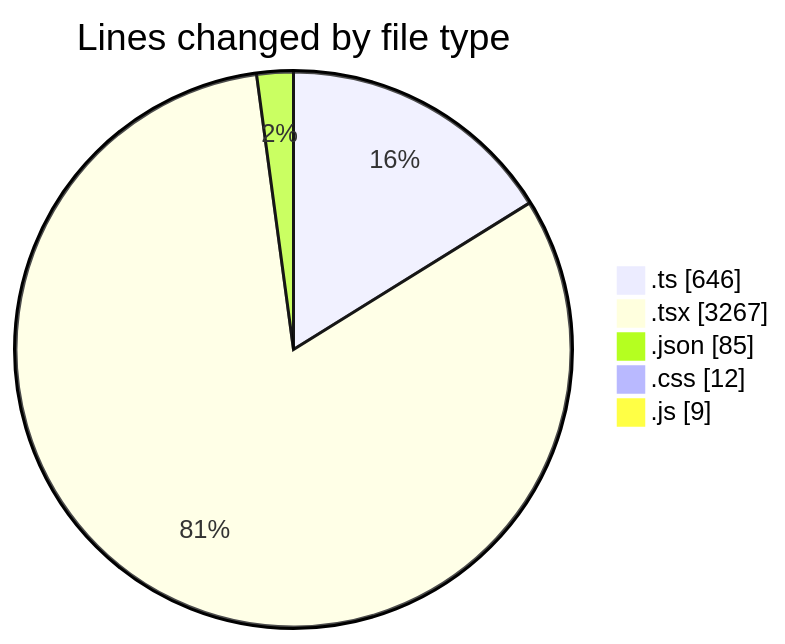
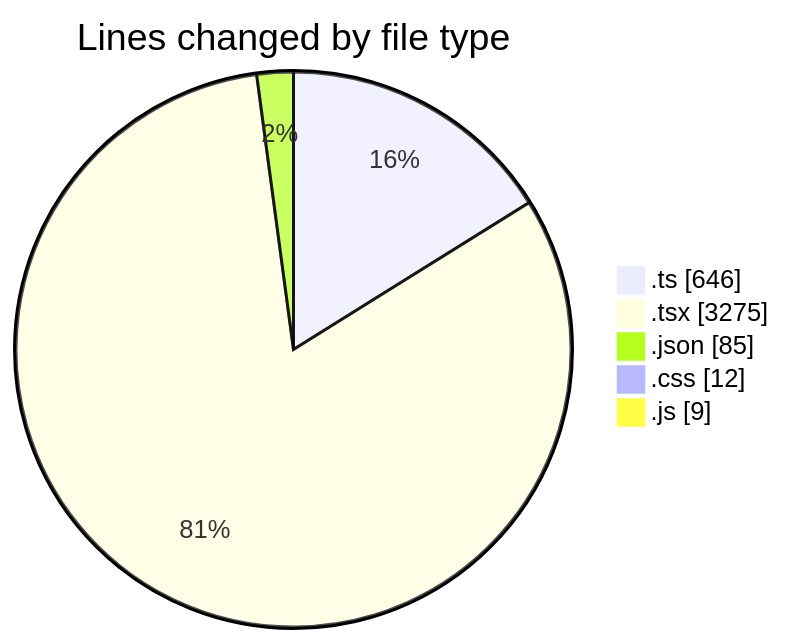
Before and after one commit to robertbonfada/code-tracking: the first of 2 diagrams in 2025-01-27/termonied-web/README.md, drawn with Mermaid. The commit also changed other lines of this file and 1 other file, not shown here.

````diff
--- a/2025-01-27/termonied-web/README.md
+++ b/2025-01-27/termonied-web/README.md
@@ -40,9 +40,9 @@
 ```mermaid
 pie showData
 title Lines changed by file type
 ".ts" : 646
-".tsx" : 3267
+".tsx" : 3275
 ".json" : 85
 ".css" : 12
 ".js" : 9
 ```
````
